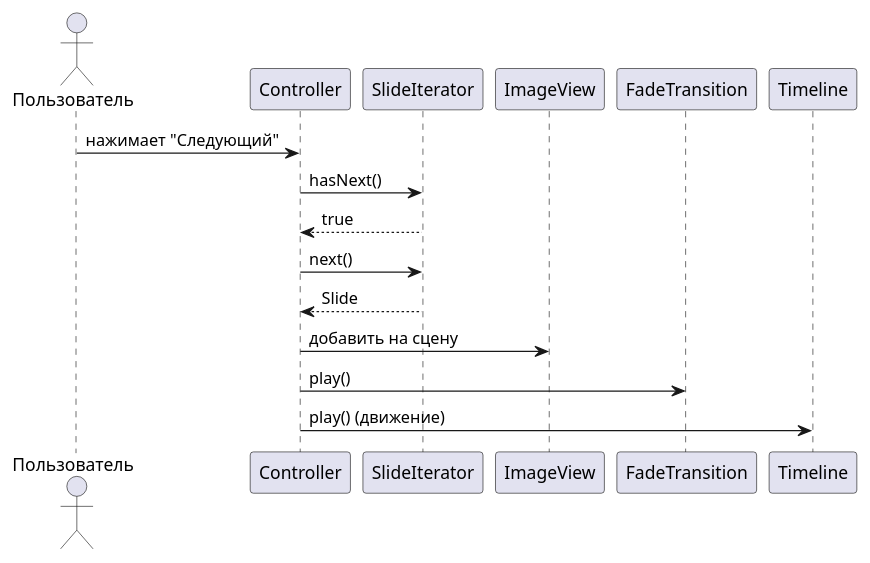
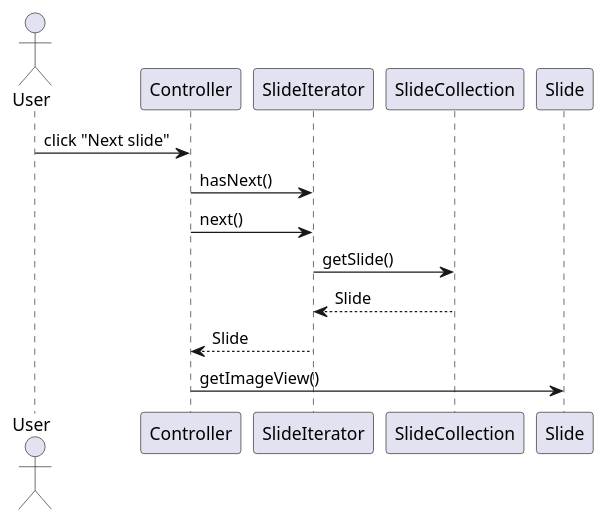
One commit to Titan0zxc/AlbumImpressions-2.0 changed the diagram in src/uml/sequence_diagram.puml. Above: the diagram before and after it, drawn with PlantUML. The commit also changed 10 other files, not shown here.

```diff
--- a/src/uml/sequence_diagram.puml
+++ b/src/uml/sequence_diagram.puml
@@ -1,11 +1,10 @@
 @startuml
-actor Пользователь
-Пользователь -> Controller: нажимает "Следующий"
-Controller -> SlideIterator: hasNext()
-SlideIterator --> Controller: true
-Controller -> SlideIterator: next()
-SlideIterator --> Controller: Slide
-Controller -> ImageView: добавить на сцену
-Controller -> FadeTransition: play()
-Controller -> Timeline: play() (движение)
+actor User
+User -> Controller : click "Next slide"
+Controller -> SlideIterator : hasNext()
+Controller -> SlideIterator : next()
+SlideIterator -> SlideCollection : getSlide()
+SlideCollection --> SlideIterator : Slide
+SlideIterator --> Controller : Slide
+Controller -> Slide : getImageView()
 @enduml
```
